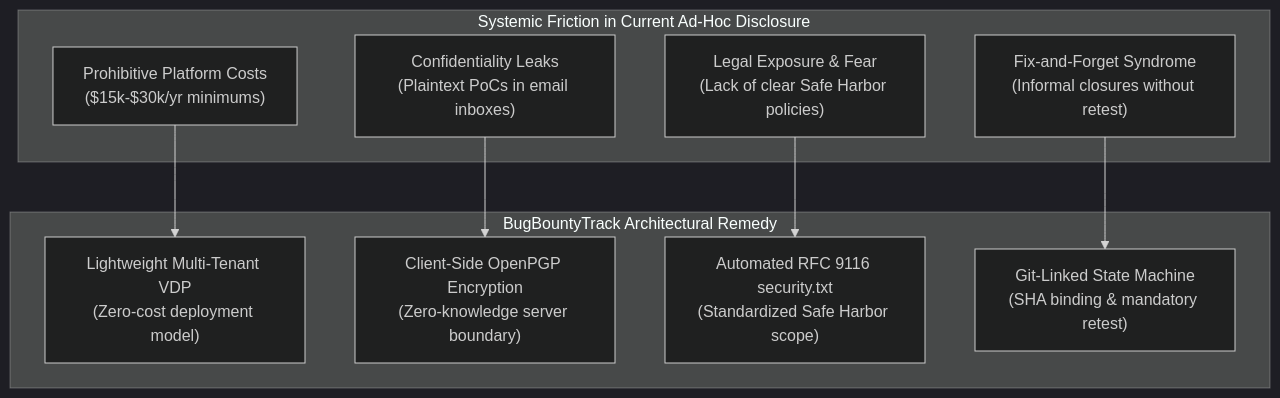
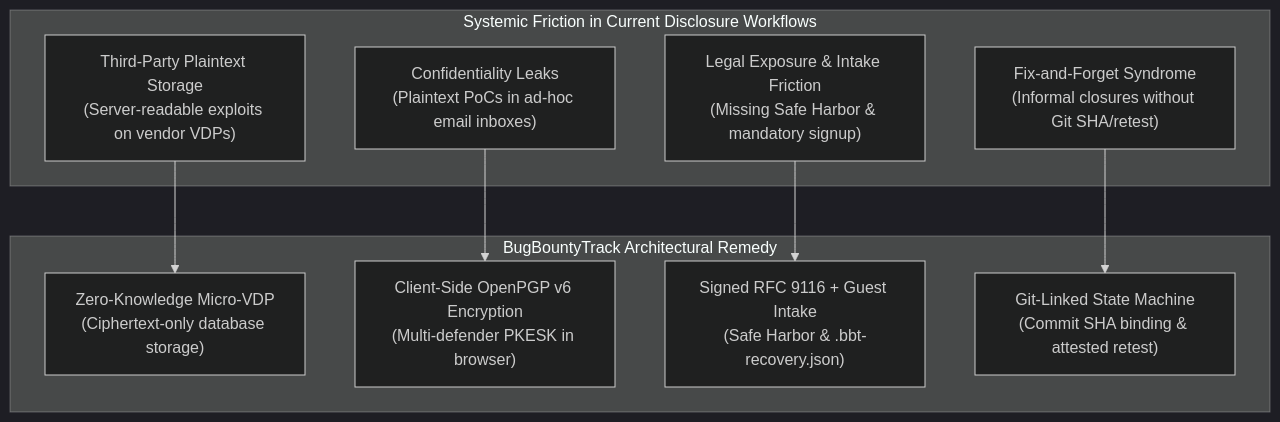
One commit to Taha-Asad/BugBountyTracker changed the first of 4 diagrams in requirements/WEEK_1_DISCOVERY_REPORT.md. Above: the diagram before and after it, drawn with Mermaid (dark theme). The commit also changed other lines of this file and 14 other files, not shown here.

````diff
--- a/requirements/WEEK_1_DISCOVERY_REPORT.md
+++ b/requirements/WEEK_1_DISCOVERY_REPORT.md
@@ -81,21 +50,21 @@
 ```mermaid
 flowchart TD
-    subgraph Friction["Systemic Friction in Current Ad-Hoc Disclosure"]
-        F1["Prohibitive Platform Costs<br/>($15k-$30k/yr minimums)"]
-        F2["Confidentiality Leaks<br/>(Plaintext PoCs in email inboxes)"]
-        F3["Legal Exposure & Fear<br/>(Lack of clear Safe Harbor policies)"]
-        F4["Fix-and-Forget Syndrome<br/>(Informal closures without retest)"]
+    subgraph Friction["Systemic Friction in Current Disclosure Workflows"]
+        F1["Third-Party Plaintext Storage<br/>(Server-readable exploits on vendor VDPs)"]
+        F2["Confidentiality Leaks<br/>(Plaintext PoCs in ad-hoc email inboxes)"]
+        F3["Legal Exposure & Intake Friction<br/>(Missing Safe Harbor & mandatory signup)"]
+        F4["Fix-and-Forget Syndrome<br/>(Informal closures without Git SHA/retest)"]
     end
 
     subgraph Solution["BugBountyTrack Architectural Remedy"]
-        S1["Lightweight Multi-Tenant VDP<br/>(Zero-cost deployment model)"]
-        S2["Client-Side OpenPGP Encryption<br/>(Zero-knowledge server boundary)"]
-        S3["Automated RFC 9116 security.txt<br/>(Standardized Safe Harbor scope)"]
-        S4["Git-Linked State Machine<br/>(SHA binding & mandatory retest)"]
+        S1["Zero-Knowledge Micro-VDP<br/>(Ciphertext-only database storage)"]
+        S2["Client-Side OpenPGP v6 Encryption<br/>(Multi-defender PKESK in browser)"]
+        S3["Signed RFC 9116 + Guest Intake<br/>(Safe Harbor & .bbt-recovery.json)"]
+        S4["Git-Linked State Machine<br/>(Commit SHA binding & attested retest)"]
     end
 
     F1 --> S1
     F2 --> S2
     F3 --> S3
     F4 --> S4
 ```
````
